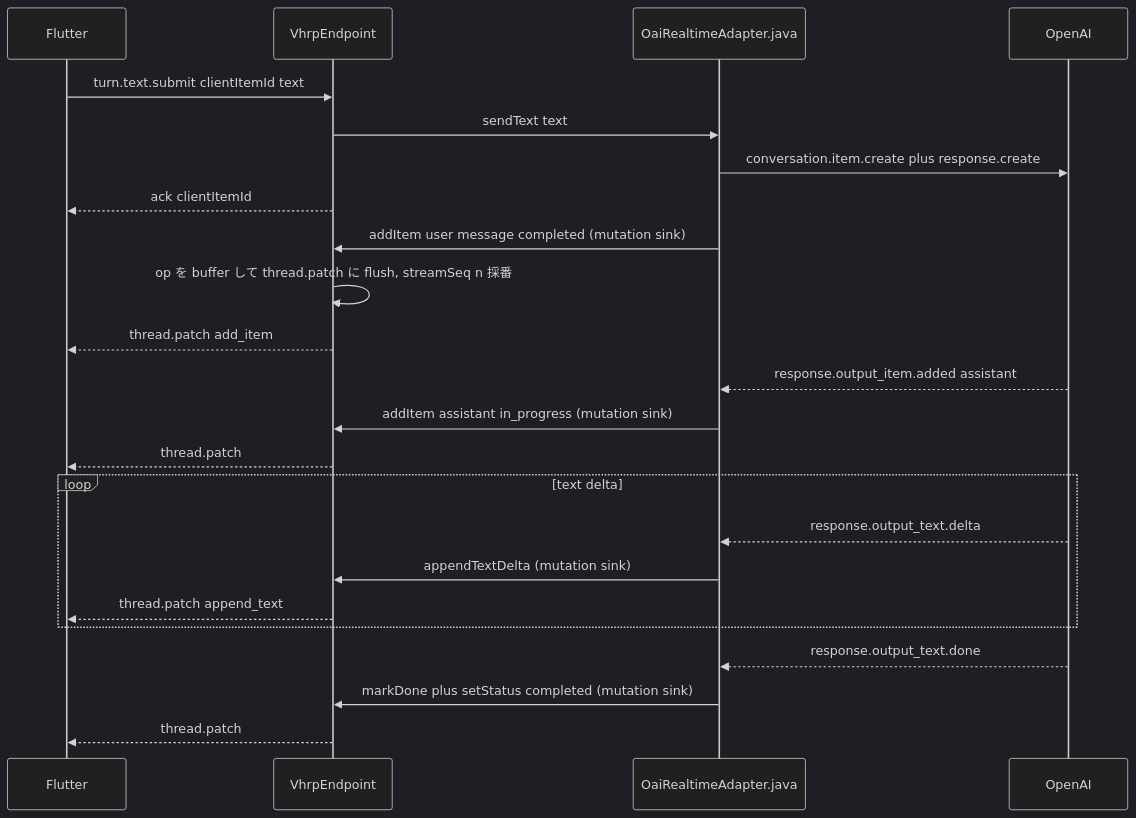
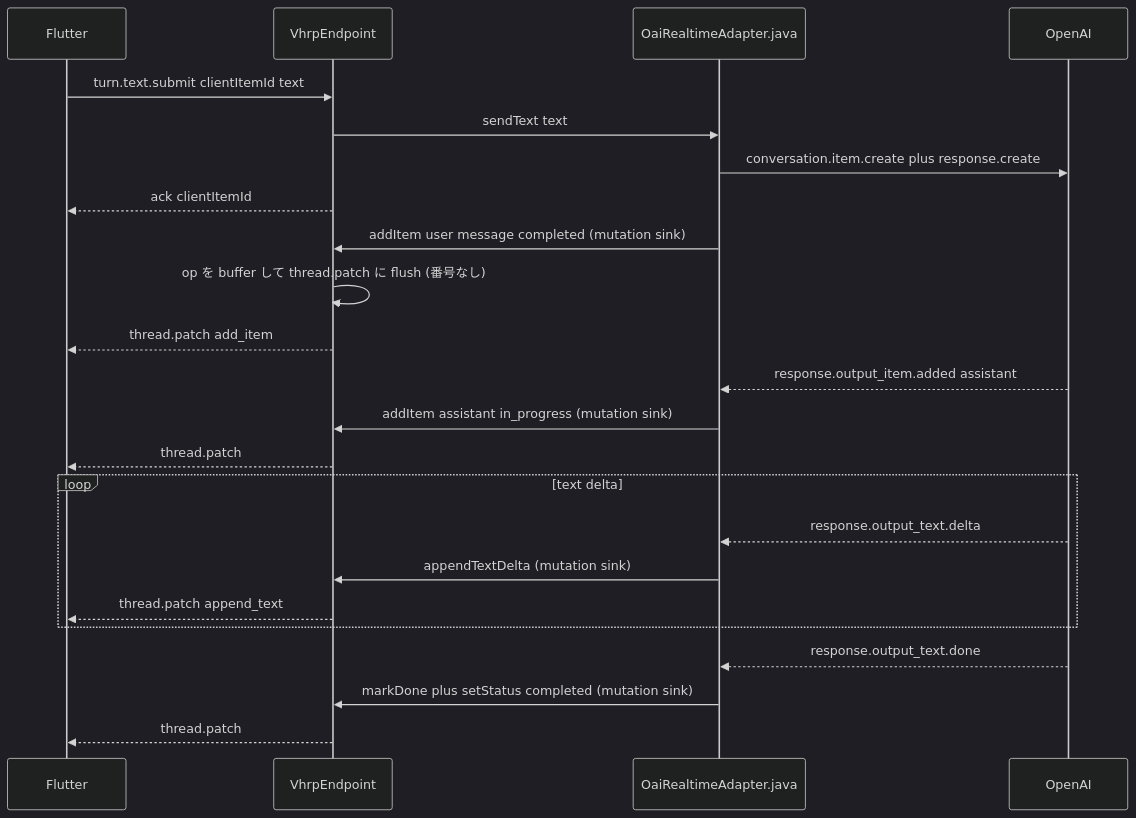
The fifth of 7 diagrams in docs/hosted_realtime/03_quarkus_backend_spec.md (yuki-js/vagina), drawn with Mermaid (dark theme) before and after one commit. The commit also changed other lines of this file and 3 other files, not shown here.

````diff
--- a/docs/hosted_realtime/03_quarkus_backend_spec.md
+++ b/docs/hosted_realtime/03_quarkus_backend_spec.md
@@ -316,26 +315,26 @@
 ```mermaid
 sequenceDiagram
     participant C as Flutter
     participant E as VhrpEndpoint
     participant A as OaiRealtimeAdapter.java
     participant O as OpenAI
 
     C->>E: turn.text.submit clientItemId text
     E->>A: sendText text
     A->>O: conversation.item.create plus response.create
     E-->>C: ack clientItemId
     A->>E: addItem user message completed (mutation sink)
-    E->>E: op を buffer して thread.patch に flush, streamSeq n 採番
+    E->>E: op を buffer して thread.patch に flush (番号なし)
     E-->>C: thread.patch add_item
     O-->>A: response.output_item.added assistant
     A->>E: addItem assistant in_progress (mutation sink)
     E-->>C: thread.patch
     loop text delta
         O-->>A: response.output_text.delta
         A->>E: appendTextDelta (mutation sink)
         E-->>C: thread.patch append_text
     end
     O-->>A: response.output_text.done
     A->>E: markDone plus setStatus completed (mutation sink)
     E-->>C: thread.patch
 ```
````
